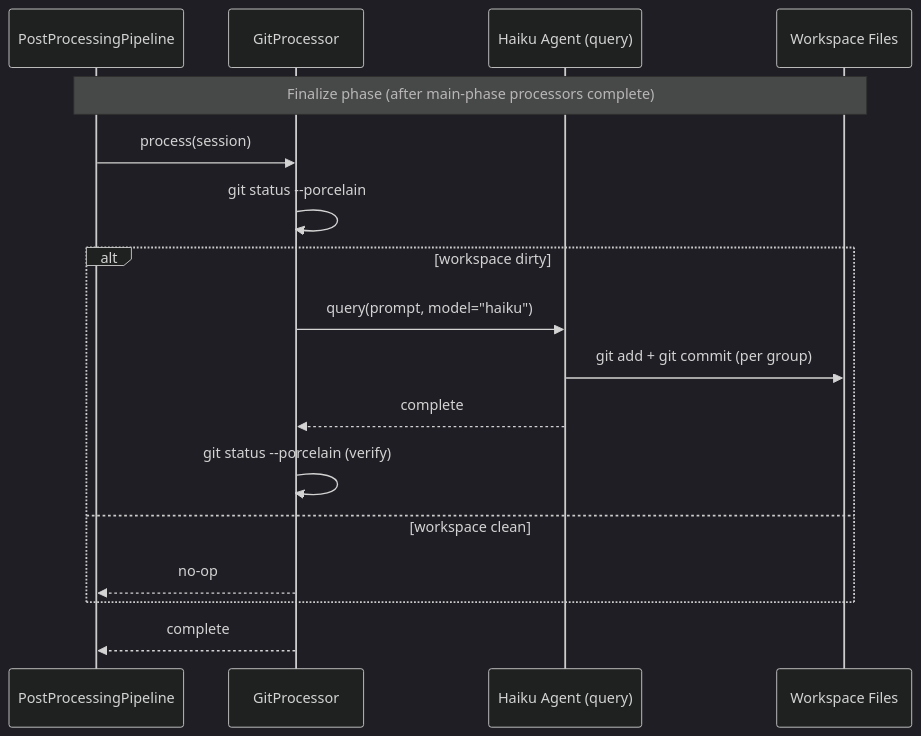
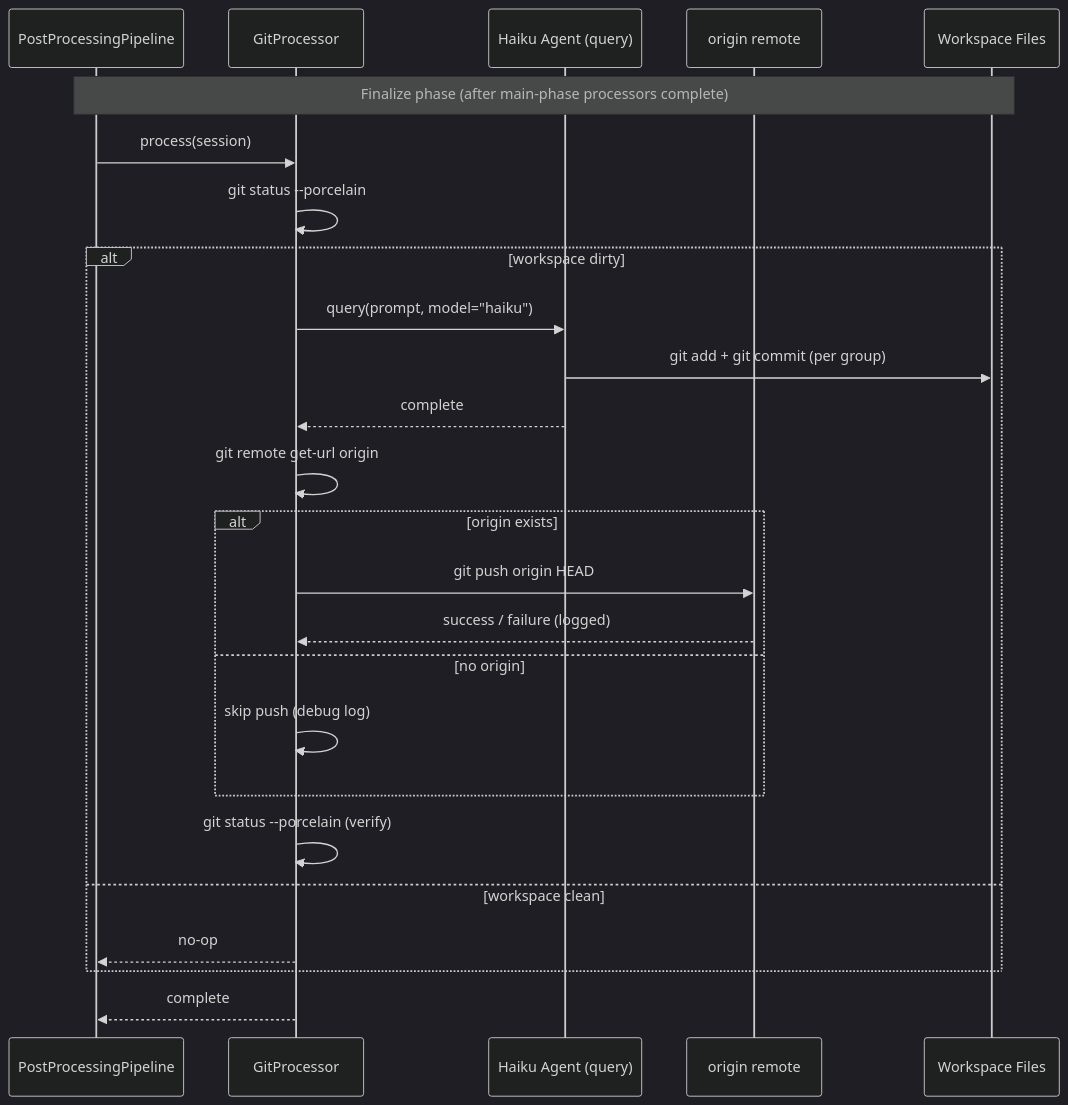
One commit to asermax/tachikoma changed the diagram in docs/feature-designs/agent/workspace-version-tracking.md. Above: the diagram before and after it, drawn with Mermaid (dark theme). The commit also changed other lines of this file and 1 other file, not shown here.

First line of the commit message:
docs(git): update workspace version tracking for push capability

````diff
--- a/docs/feature-designs/agent/workspace-version-tracking.md
+++ b/docs/feature-designs/agent/workspace-version-tracking.md
@@ -50,20 +50,28 @@
 ```mermaid
 sequenceDiagram
     participant Pipeline as PostProcessingPipeline
     participant Git as GitProcessor
     participant Agent as Haiku Agent (query)
+    participant Remote as origin remote
     participant FS as Workspace Files
 
     Note over Pipeline,FS: Finalize phase (after main-phase processors complete)
     Pipeline->>Git: process(session)
     Git->>Git: git status --porcelain
     alt workspace dirty
         Git->>Agent: query(prompt, model="haiku")
         Agent->>FS: git add + git commit (per group)
         Agent-->>Git: complete
+        Git->>Git: git remote get-url origin
+        alt origin exists
+            Git->>Remote: git push origin HEAD
+            Remote-->>Git: success / failure (logged)
+        else no origin
+            Git->>Git: skip push (debug log)
+        end
         Git->>Git: git status --porcelain (verify)
     else workspace clean
         Git-->>Pipeline: no-op
     end
     Git-->>Pipeline: complete
 ```
````
